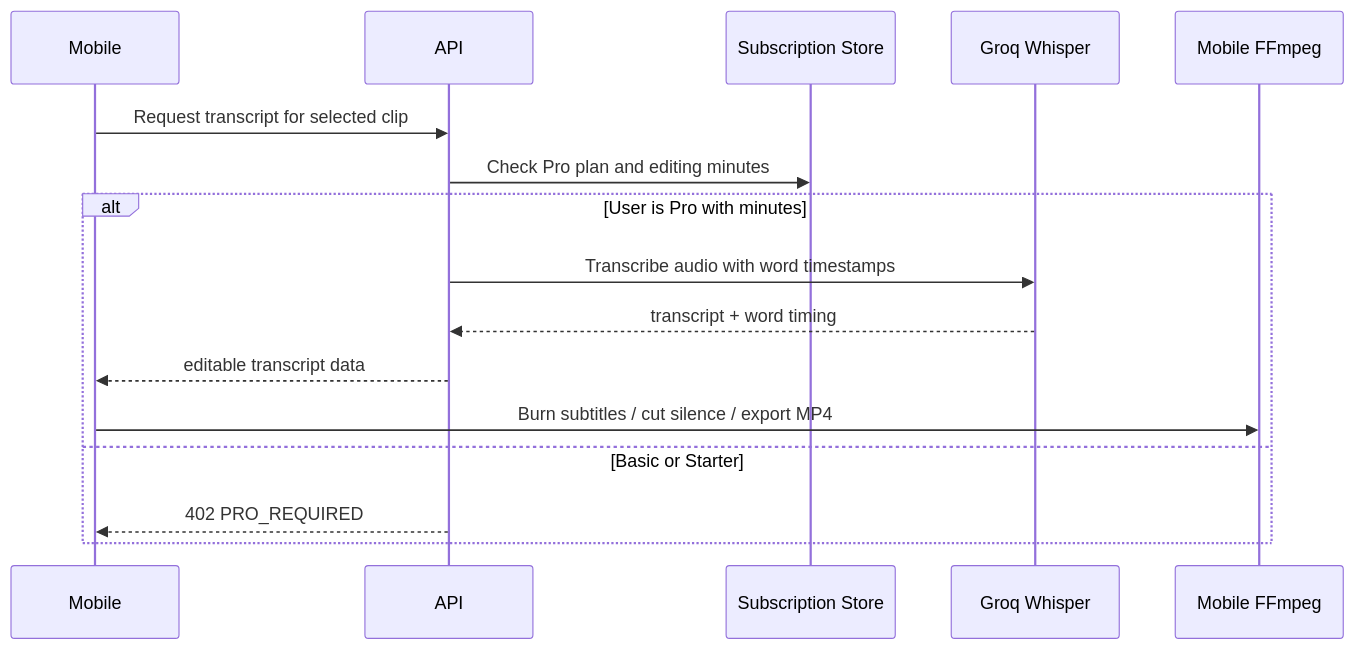
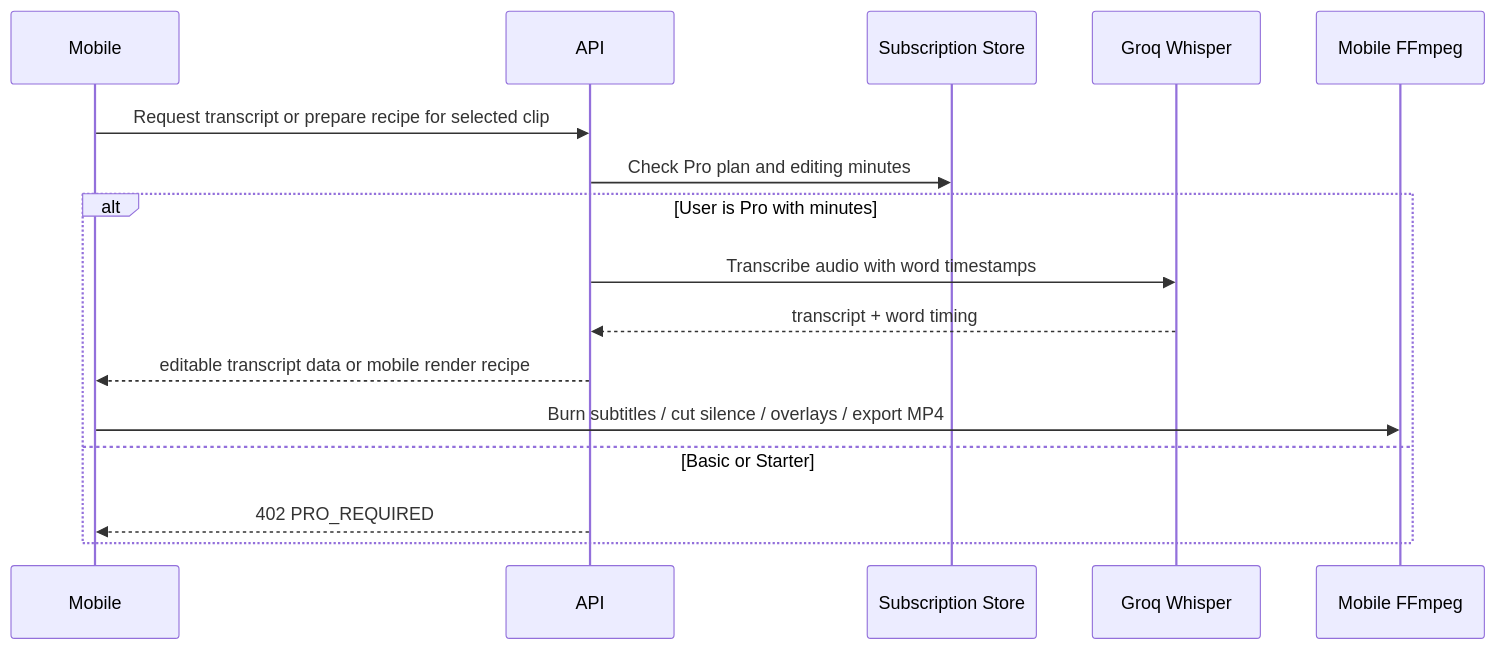
One commit to NOI56/PostDeeMobile changed the sixth of 7 diagrams in ARCHITECTURE.md. Above: the diagram before and after it, drawn with Mermaid. The commit also changed other lines of this file and 10 other files, not shown here.

Commit message:
Add AI edit prepare endpoint and Render env checks

````diff
--- a/ARCHITECTURE.md
+++ b/ARCHITECTURE.md
@@ -388,19 +388,19 @@
 ```mermaid
 sequenceDiagram
   participant M as Mobile
   participant A as API
   participant Sub as Subscription Store
   participant W as Groq Whisper
   participant F as Mobile FFmpeg
 
-  M->>A: Request transcript for selected clip
+  M->>A: Request transcript or prepare recipe for selected clip
   A->>Sub: Check Pro plan and editing minutes
   alt User is Pro with minutes
     A->>W: Transcribe audio with word timestamps
     W-->>A: transcript + word timing
-    A-->>M: editable transcript data
-    M->>F: Burn subtitles / cut silence / export MP4
+    A-->>M: editable transcript data or mobile render recipe
+    M->>F: Burn subtitles / cut silence / overlays / export MP4
   else Basic or Starter
     A-->>M: 402 PRO_REQUIRED
   end
 ```
````
